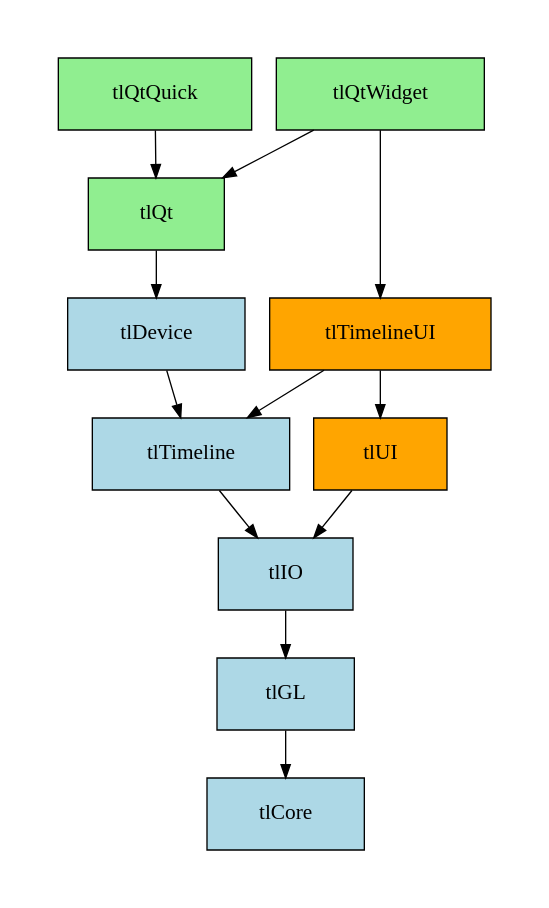
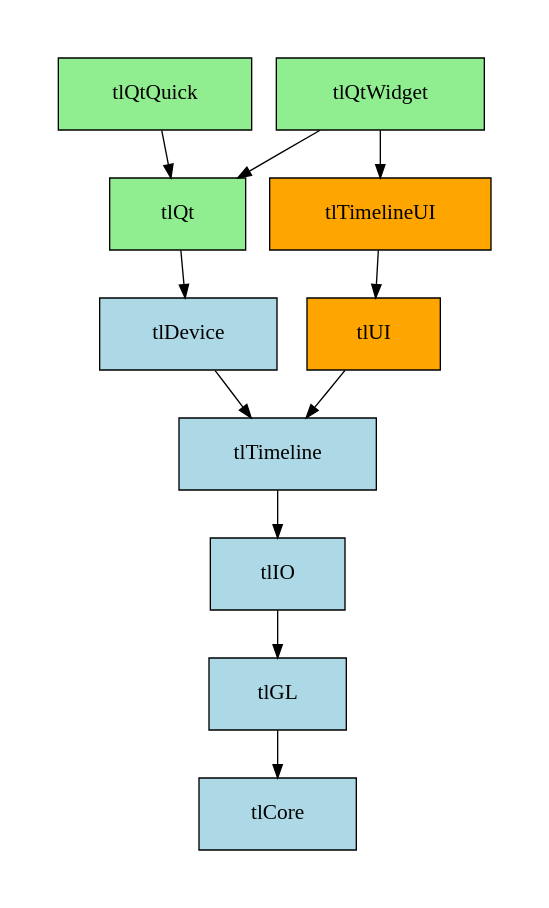
One commit to darbyjohnston/tlRender changed the diagram in etc/Images/tlRenderLibraries.dot. Above: the diagram before and after it, drawn with Graphviz. The commit also changed 3 other files, not shown here.

```diff
--- a/etc/Images/tlRenderLibraries.dot
+++ b/etc/Images/tlRenderLibraries.dot
@@ -1,25 +1,24 @@
 digraph "tlRender" {
     pad = 0.5
     node [ fontsize = 16, style = filled, fontname = NotoSans, fontcolor = black, margin = "0.5,0.25" ];
     "node0" [ label = "tlTimeline", shape = rectangle, fillcolor = lightblue ];
     "node1" [ label = "tlIO", shape = rectangle, fillcolor = lightblue ];
     "node2" [ label = "tlGL", shape = rectangle, fillcolor = lightblue ];
     "node3" [ label = "tlCore", shape = rectangle, fillcolor = lightblue ];
     "node2" -> "node3"  // tlGL -> tlCore
     "node1" -> "node2"  // tlIO -> tlGL
     "node0" -> "node1"  // tlTimeline -> tlIO
     "node4" [ label = "tlQtWidget", shape = rectangle, fillcolor = lightgreen ];
     "node5" [ label = "tlQt", shape = rectangle, fillcolor = lightgreen ];
     "node6" [ label = "tlDevice", shape = rectangle, fillcolor = lightblue ];
     "node6" -> "node0"  // tlDevice -> tlTimeline
     "node5" -> "node6"  // tlQt -> tlDevice
     "node4" -> "node5"  // tlQtWidget -> tlQt
     "node7" [ label = "tlTimelineUI", shape = rectangle, fillcolor = orange ];
-    "node7" -> "node0"  // tlTimelineUI -> tlTimeline
     "node8" [ label = "tlUI", shape = rectangle, fillcolor = orange ];
-    "node8" -> "node1"  // tlUI -> tlIO
+    "node8" -> "node0"  // tlUI -> tlTimeline
     "node7" -> "node8"  // tlTimelineUI -> tlUI
     "node4" -> "node7"  // tlQtWidget -> tlTimelineUI
     "node9" [ label = "tlQtQuick", shape = rectangle, fillcolor = lightgreen ];
     "node9" -> "node5"  // tlQtQuick -> tlQt
 }
```
